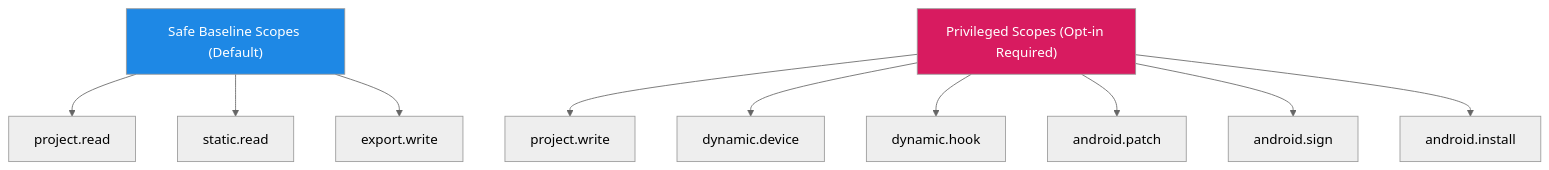
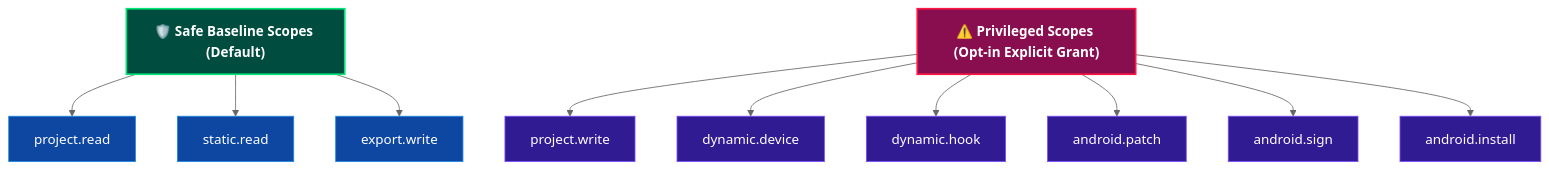
One commit to cingxcong/RAA changed the second of 3 diagrams in docs/DESIGN.md. Above: the diagram before and after it, drawn with Mermaid (neutral theme). The commit also changed other lines of this file and 135 other files, not shown here.

Commit message:
feat(v3.0.0): finalize RAA v3.0.0 production release and v4.0.0 master roadmap

````diff
--- a/docs/DESIGN.md
+++ b/docs/DESIGN.md
@@ -59,16 +60,18 @@
 ```mermaid
-graph TD
-    Safe["Safe Baseline Scopes (Default)"] --> PR["project.read"]
-    Safe --> SR["static.read"]
-    Safe --> EW["export.write"]
+flowchart TD
+    classDef safe fill:#004D40,stroke:#00E676,stroke-width:2px,color:#FFFFFF,font-weight:bold;
+    classDef safenode fill:#0D47A1,stroke:#1E88E5,stroke-width:1px,color:#FFFFFF;
+    classDef priv fill:#880E4F,stroke:#FF1744,stroke-width:2px,color:#FFFFFF,font-weight:bold;
+    classDef privnode fill:#311B92,stroke:#7C4DFF,stroke-width:1px,color:#FFFFFF;
+
+    Safe["🛡️ Safe Baseline Scopes (Default)"]:::safe --> PR["project.read"]:::safenode
+    Safe --> SR["static.read"]:::safenode
+    Safe --> EW["export.write"]:::safenode
     
-    Priv["Privileged Scopes (Opt-in Required)"] --> PW["project.write"]
-    Priv --> DD["dynamic.device"]
-    Priv --> DH["dynamic.hook"]
-    Priv --> AP["android.patch"]
-    Priv --> AS["android.sign"]
-    Priv --> AI["android.install"]
-    
-    style Safe fill:#1E88E5,color:#fff
-    style Priv fill:#D81B60,color:#fff
+    Priv["⚠️ Privileged Scopes (Opt-in Explicit Grant)"]:::priv --> PW["project.write"]:::privnode
+    Priv --> DD["dynamic.device"]:::privnode
+    Priv --> DH["dynamic.hook"]:::privnode
+    Priv --> AP["android.patch"]:::privnode
+    Priv --> AS["android.sign"]:::privnode
+    Priv --> AI["android.install"]:::privnode
 ```
````
